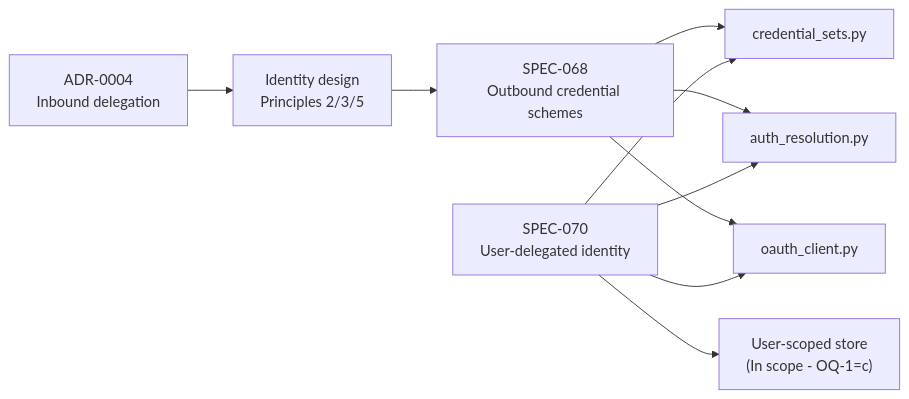
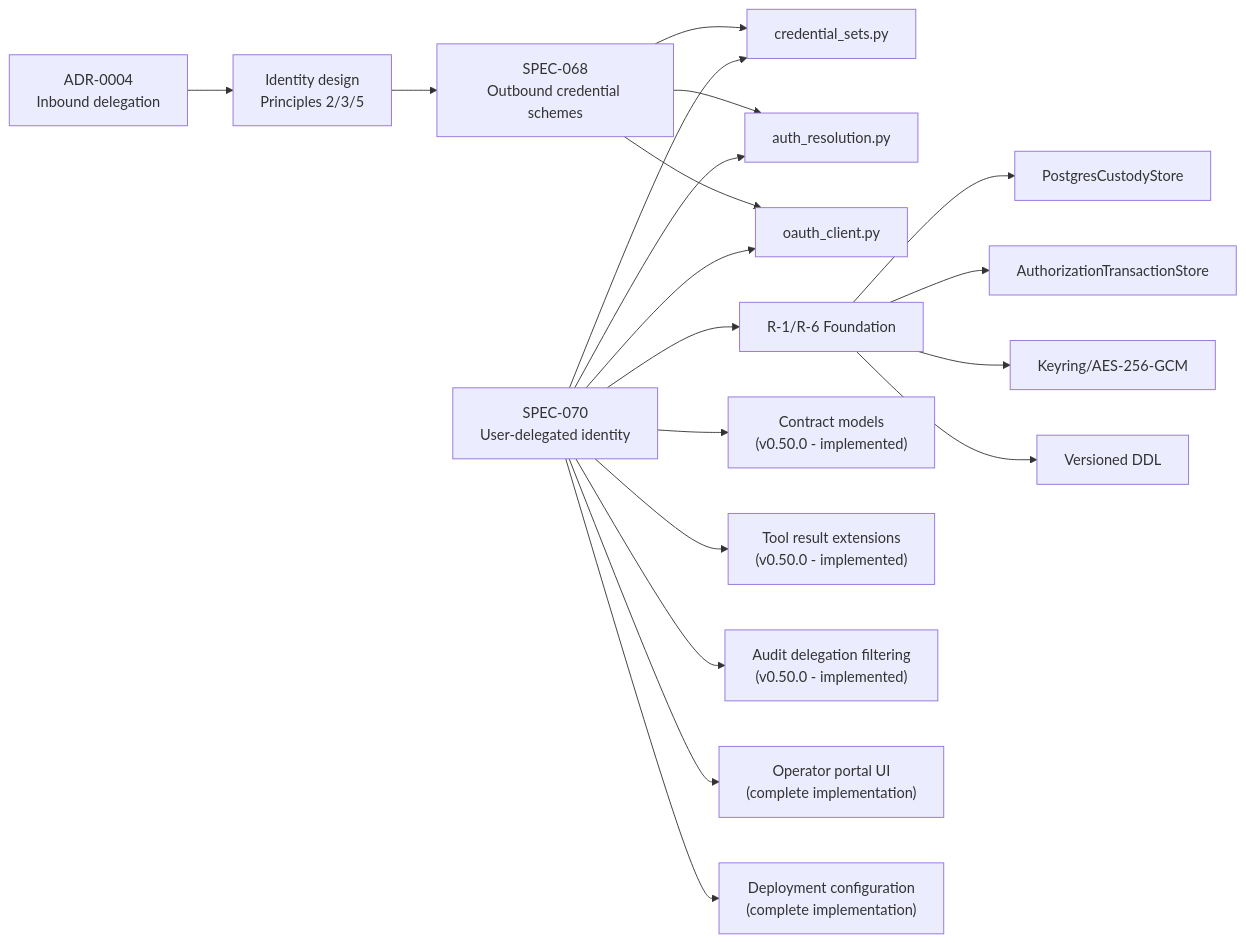
One commit to metasync/luban-aiops changed the ninth of 9 diagrams in .qoder/repowiki/en/content/Shared Contracts/SPEC-070_ Outbound User-Delegated Identity.md. Above: the diagram before and after it, drawn with Mermaid. The commit also changed other lines of this file and 215 other files, not shown here.

````diff
--- a/.qoder/repowiki/en/content/Shared Contracts/SPEC-070_ Outbound User-Delegated Identity.md
+++ b/.qoder/repowiki/en/content/Shared Contracts/SPEC-070_ Outbound User-Delegated Identity.md
@@ -407,12 +604,21 @@
 ```mermaid
 graph LR
 ADR0004["ADR-0004<br/>Inbound delegation"] --> IdentityDesign["Identity design<br/>Principles 2/3/5"]
 IdentityDesign --> Spec068["SPEC-068<br/>Outbound credential schemes"]
 Spec068 --> CredSets["credential_sets.py"]
 Spec068 --> AuthRes["auth_resolution.py"]
 Spec068 --> OAuthClient["oauth_client.py"]
 Spec070["SPEC-070<br/>User-delegated identity"] --> CredSets
 Spec070 --> AuthRes
 Spec070 --> OAuthClient
-Spec070 --> UserStore["User-scoped store<br/>(In scope - OQ-1=c)"]
+Spec070 --> Foundation["R-1/R-6 Foundation"]
+Foundation --> CustodyStore["PostgresCustodyStore"]
+Foundation --> TxStore["AuthorizationTransactionStore"]
+Foundation --> Crypto["Keyring/AES-256-GCM"]
+Foundation --> Schema["Versioned DDL"]
+Spec070 --> ContractModels["Contract models<br/>(v0.50.0 - implemented)"]
+Spec070 --> ToolResultExt["Tool result extensions<br/>(v0.50.0 - implemented)"]
+Spec070 --> AuditFiltering["Audit delegation filtering<br/>(v0.50.0 - implemented)"]
+Spec070 --> PortalUI["Operator portal UI<br/>(complete implementation)"]
+Spec070 --> Deployment["Deployment configuration<br/>(complete implementation)"]
 ```
````
